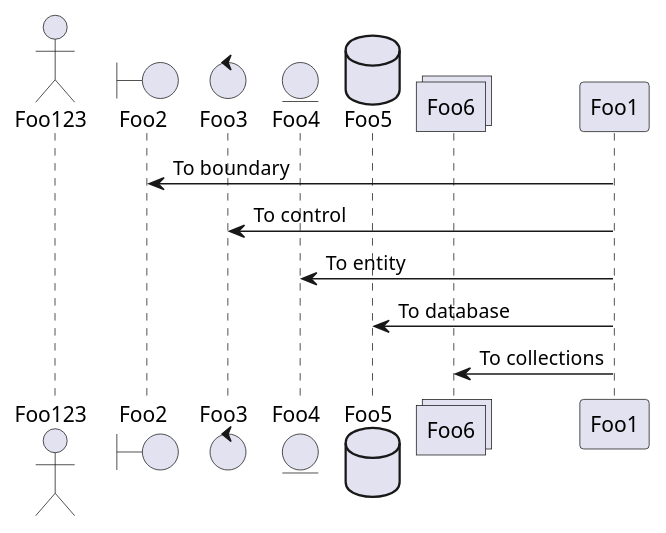
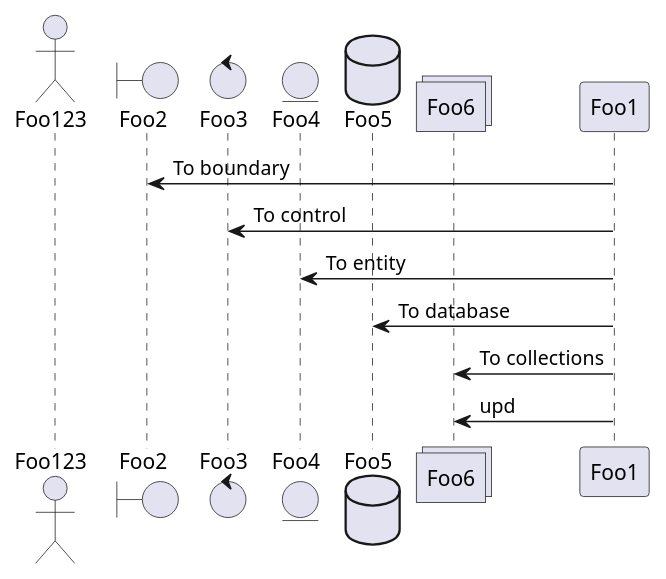
One commit to gromovika/mage_PE changed the first of 4 diagrams in sample.md. Above: the diagram before and after it, drawn with PlantUML.

````diff
--- a/sample.md
+++ b/sample.md
@@ -6,15 +6,16 @@
 ```plantuml:md-sample-sequence
 @startuml
 actor Foo123
 boundary Foo2
 control Foo3
 entity Foo4
 database Foo5
 collections Foo6
 Foo1 -> Foo2 : To boundary
 Foo1 -> Foo3 : To control
 Foo1 -> Foo4 : To entity
 Foo1 -> Foo5 : To database
 Foo1 -> Foo6 : To collections
+Foo1 -> Foo6 : upd
 @enduml
 ```
````
